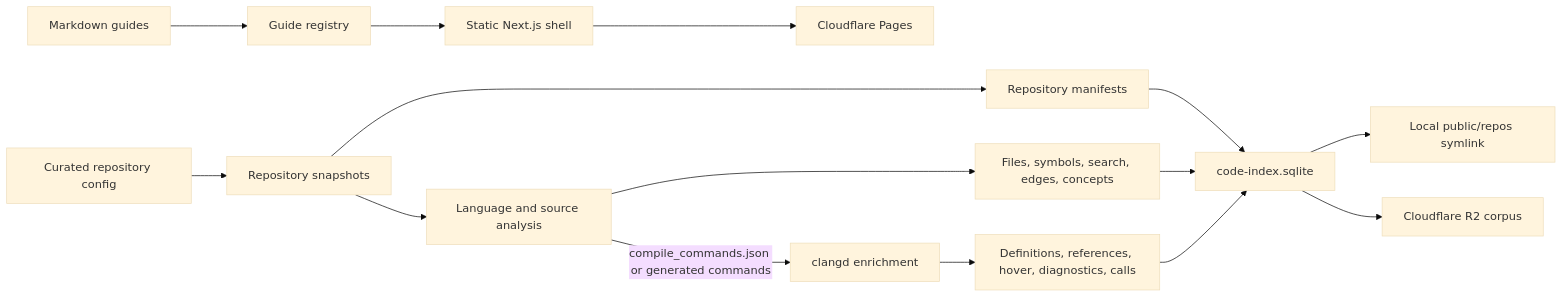
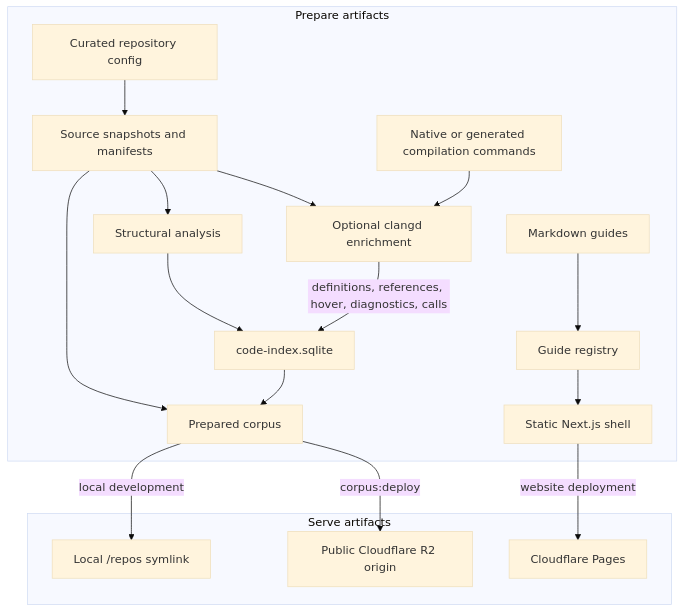
One commit to zqf20096327/ai_collect changed the first of 3 diagrams in data/readmes/pkill37__gitshaman.com.md. Above: the diagram before and after it, drawn with Mermaid (base theme). The commit also changed other lines of this file and 1899 other files, not shown here.

````diff
--- a/data/readmes/pkill37__gitshaman.com.md
+++ b/data/readmes/pkill37__gitshaman.com.md
@@ -87,17 +286,24 @@
 ```mermaid
-flowchart LR
-  Guides["Markdown guides"] --> Registry["Guide registry"]
-  Config["Curated repository config"] --> Corpus["Repository snapshots"]
-  Corpus --> Manifest["Repository manifests"]
-  Corpus --> Detect["Language and source analysis"]
-  Detect --> Heuristic["Files, symbols, search, edges, concepts"]
-  Detect -->|compile_commands.json or generated commands| Clangd["clangd enrichment"]
-  Clangd --> Semantic["Definitions, references, hover, diagnostics, calls"]
-  Heuristic --> Index["code-index.sqlite"]
-  Semantic --> Index
-  Manifest --> Index
-  Registry --> Shell["Static Next.js shell"]
-  Index --> Local["Local public/repos symlink"]
-  Index --> R2["Cloudflare R2 corpus"]
-  Shell --> Pages["Cloudflare Pages"]
+flowchart TB
+  subgraph Build["Prepare artifacts"]
+    Guides["Markdown guides"] --> Registry["Guide registry"]
+    Config["Curated repository config"] --> Snapshot["Source snapshots and manifests"]
+    Snapshot --> Analyze["Structural analysis"]
+    Analyze --> Index["code-index.sqlite"]
+    Snapshot --> Clangd["Optional clangd enrichment"]
+    Commands["Native or generated compilation commands"] --> Clangd
+    Clangd -->|definitions, references, hover, diagnostics, calls| Index
+    Registry --> Shell["Static Next.js shell"]
+    Snapshot --> Corpus["Prepared corpus"]
+    Index --> Corpus
+  end
+
+  subgraph Publish["Serve artifacts"]
+    Local["Local /repos symlink"]
+    R2["Public Cloudflare R2 origin"]
+    Pages["Cloudflare Pages"]
+  end
+  Corpus -->|local development| Local
+  Corpus -->|corpus:deploy| R2
+  Shell -->|website deployment| Pages
 ```
````
